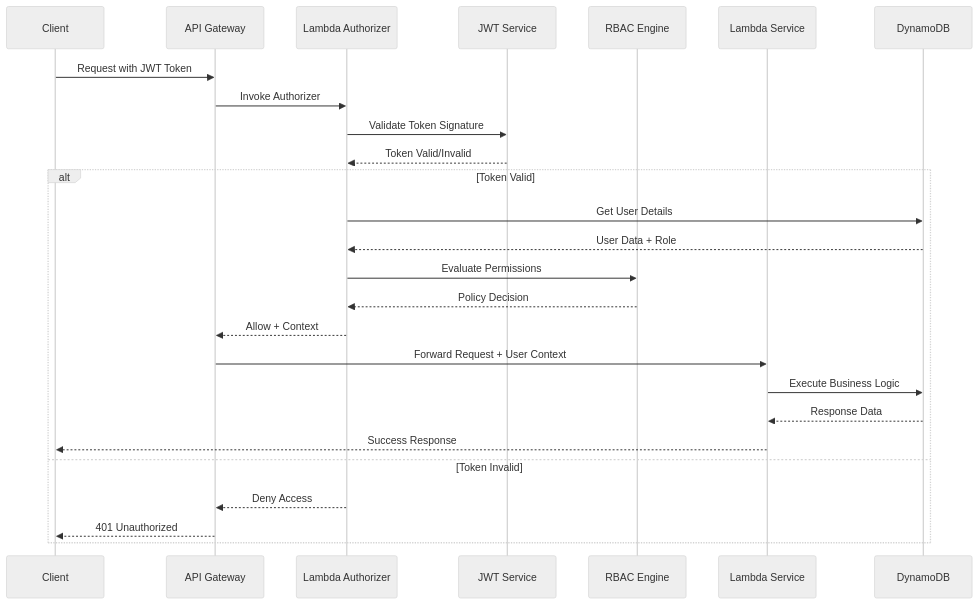
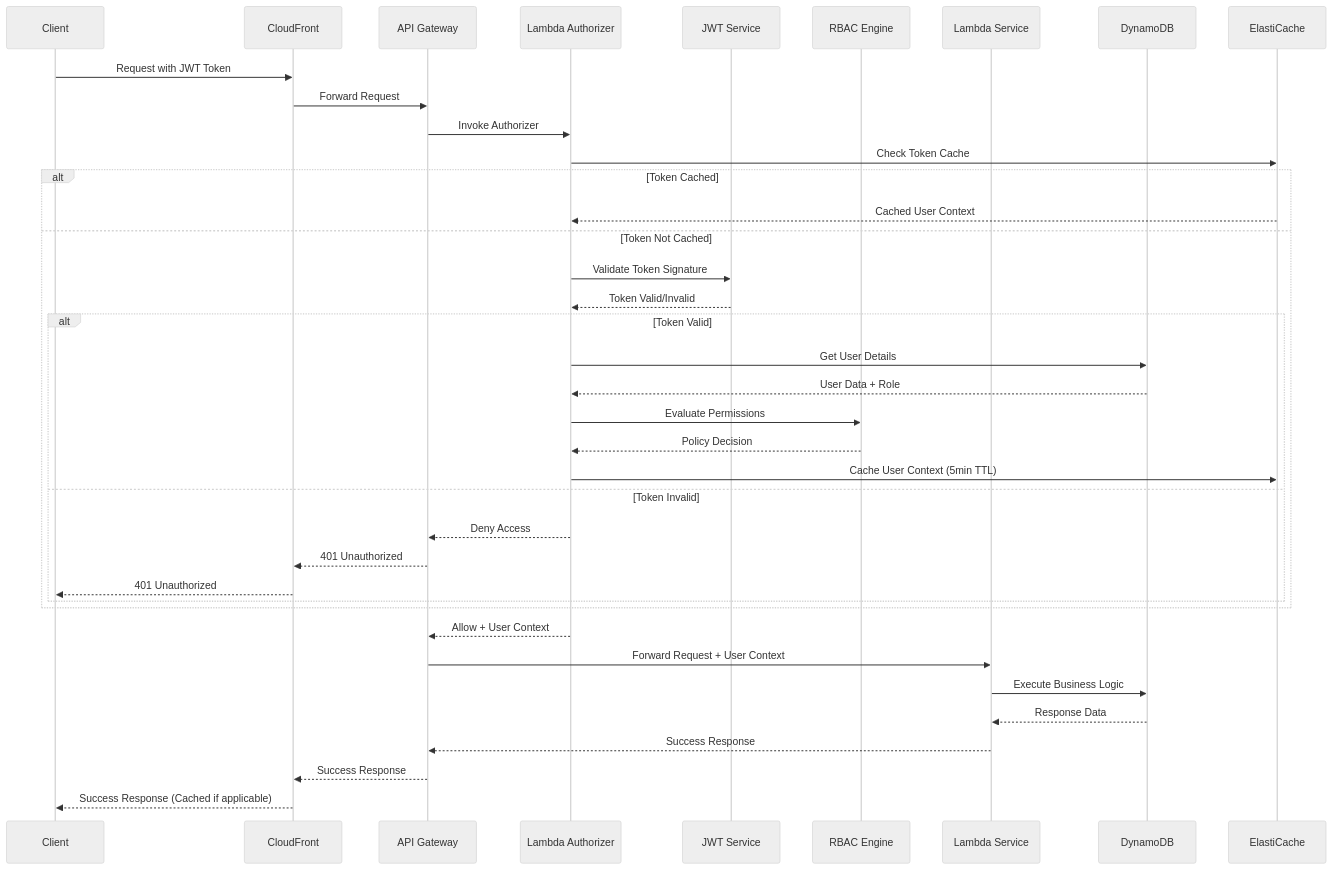
One commit to prasadguuduru/book-management changed the fourth of 12 diagrams in README.md. Above: the diagram before and after it, drawn with Mermaid (neutral theme). The commit also changed other lines of this file and 6 other files, not shown here.

````diff
--- a/README.md
+++ b/README.md
@@ -142,30 +351,44 @@
 ```mermaid
 sequenceDiagram
     participant Client
+    participant CF as CloudFront
     participant APIGW as API Gateway
     participant Auth as Lambda Authorizer
     participant JWT as JWT Service
     participant RBAC as RBAC Engine
     participant Service as Lambda Service
     participant DDB as DynamoDB
+    participant Cache as ElastiCache
     
-    Client->>APIGW: Request with JWT Token
+    Client->>CF: Request with JWT Token
+    CF->>APIGW: Forward Request
     APIGW->>Auth: Invoke Authorizer
-    Auth->>JWT: Validate Token Signature
-    JWT-->>Auth: Token Valid/Invalid
     
-    alt Token Valid
-        Auth->>DDB: Get User Details
-        DDB-->>Auth: User Data + Role
-        Auth->>RBAC: Evaluate Permissions
-        RBAC-->>Auth: Policy Decision
-        Auth-->>APIGW: Allow + Context
-        APIGW->>Service: Forward Request + User Context
-        Service->>DDB: Execute Business Logic
-        DDB-->>Service: Response Data
-        Service-->>Client: Success Response
-    else Token Invalid
-        Auth-->>APIGW: Deny Access
-        APIGW-->>Client: 401 Unauthorized
+    Auth->>Cache: Check Token Cache
+    alt Token Cached
+        Cache-->>Auth: Cached User Context
+    else Token Not Cached
+        Auth->>JWT: Validate Token Signature
+        JWT-->>Auth: Token Valid/Invalid
+        
+        alt Token Valid
+            Auth->>DDB: Get User Details
+            DDB-->>Auth: User Data + Role
+            Auth->>RBAC: Evaluate Permissions
+            RBAC-->>Auth: Policy Decision
+            Auth->>Cache: Cache User Context (5min TTL)
+        else Token Invalid
+            Auth-->>APIGW: Deny Access
+            APIGW-->>CF: 401 Unauthorized
+            CF-->>Client: 401 Unauthorized
+        end
     end
+    
+    Auth-->>APIGW: Allow + User Context
+    APIGW->>Service: Forward Request + User Context
+    Service->>DDB: Execute Business Logic
+    DDB-->>Service: Response Data
+    Service-->>APIGW: Success Response
+    APIGW-->>CF: Success Response
+    CF-->>Client: Success Response (Cached if applicable)
 ```
````
